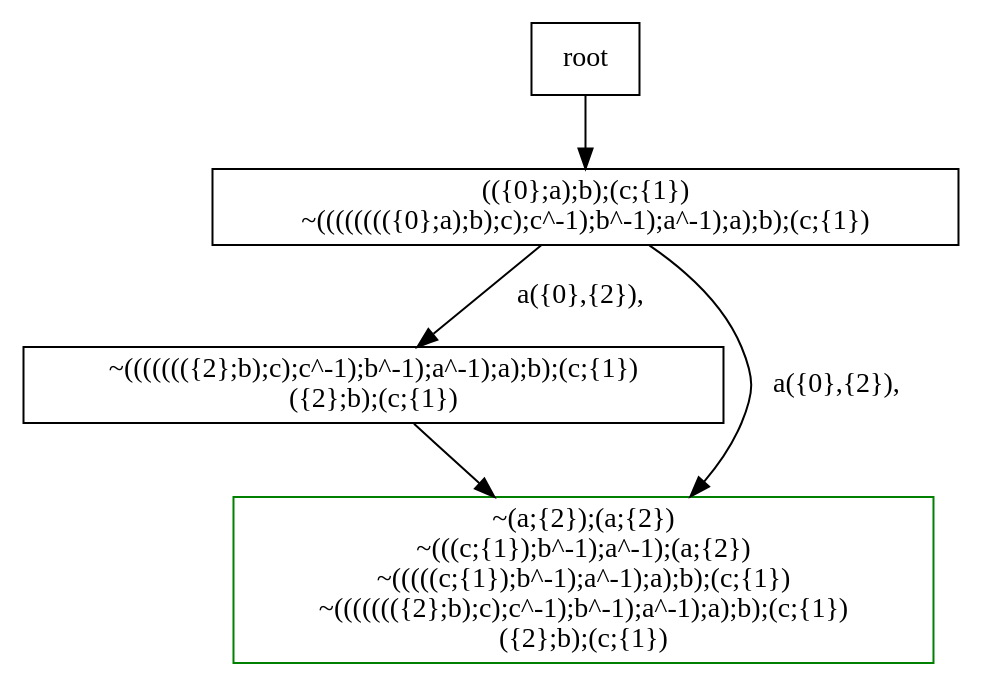
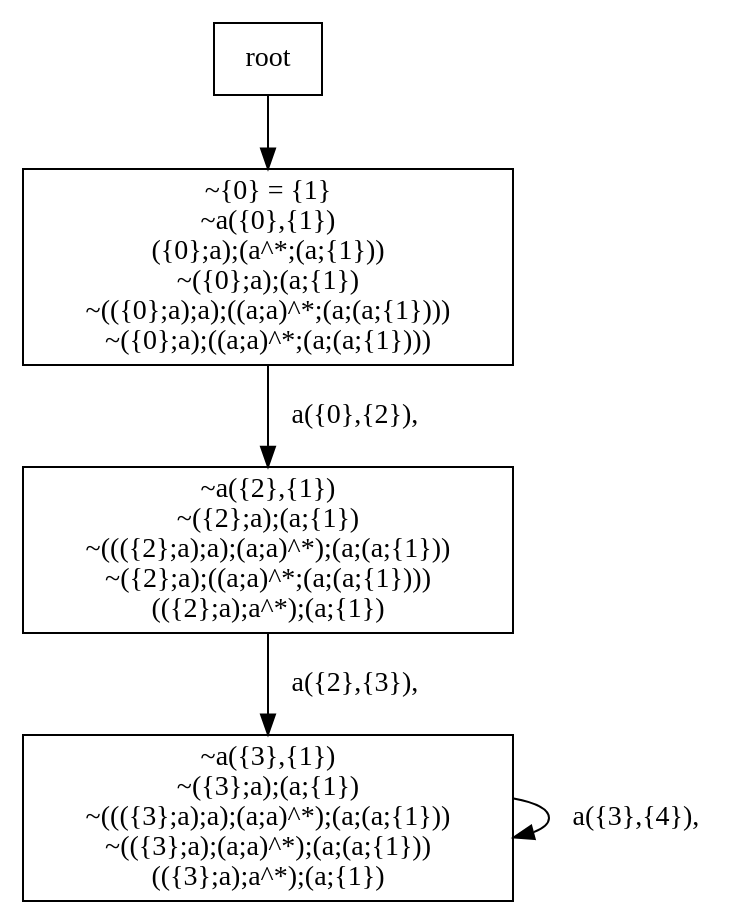
One commit to jangreen/rat changed the diagram in output/regular.dot. Above: the diagram before and after it, drawn with Graphviz. The commit also changed 33 other files, not shown here.

```diff
--- a/output/regular.dot
+++ b/output/regular.dot
@@ -1,22 +1,29 @@
 digraph {
 node[shape="box"]
-N0x1218049c0[label="(({0};a);b);(c;{1})
-~(((((((({0};a);b);c);c^-1);b^-1);a^-1);a);b);(c;{1})
+N0x13d6420c0[label="~{0} = {1}
+~a({0},{1})
+({0};a);(a^*;(a;{1}))
+~({0};a);(a;{1})
+~(({0};a);a);((a;a)^*;(a;(a;{1})))
+~({0};a);((a;a)^*;(a;(a;{1})))
 "];
-N0x1218049c0 -> N0x121809680[label="a({0},{2}), 
+N0x13d6420c0 -> N0x13d649910[label="a({0},{2}), 
 "];
-N0x1218049c0 -> N0x120715540[label="a({0},{2}), 
+N0x13d649910[label="~a({2},{1})
+~({2};a);(a;{1})
+~((({2};a);a);(a;a)^*);(a;(a;{1}))
+~({2};a);((a;a)^*;(a;(a;{1})))
+(({2};a);a^*);(a;{1})
 "];
-N0x121809680[label="~((((((({2};b);c);c^-1);b^-1);a^-1);a);b);(c;{1})
-({2};b);(c;{1})
+N0x13d649910 -> N0x13d7156d0[label="a({2},{3}), 
 "];
-N0x121809680 -> N0x120715540[label="
+N0x13d7156d0[label="~a({3},{1})
+~({3};a);(a;{1})
+~((({3};a);a);(a;a)^*);(a;(a;{1}))
+~(({3};a);(a;a)^*);(a;(a;{1}))
+(({3};a);a^*);(a;{1})
 "];
-N0x120715540[label="~(a;{2});(a;{2})
-~(((c;{1});b^-1);a^-1);(a;{2})
-~(((((c;{1});b^-1);a^-1);a);b);(c;{1})
-~((((((({2};b);c);c^-1);b^-1);a^-1);a);b);(c;{1})
-({2};b);(c;{1})
-", color=green];
-root -> N0x1218049c0;
+N0x13d7156d0 -> N0x13d7156d0[label="a({3},{4}), 
+"];
+root -> N0x13d6420c0;
 }
```
